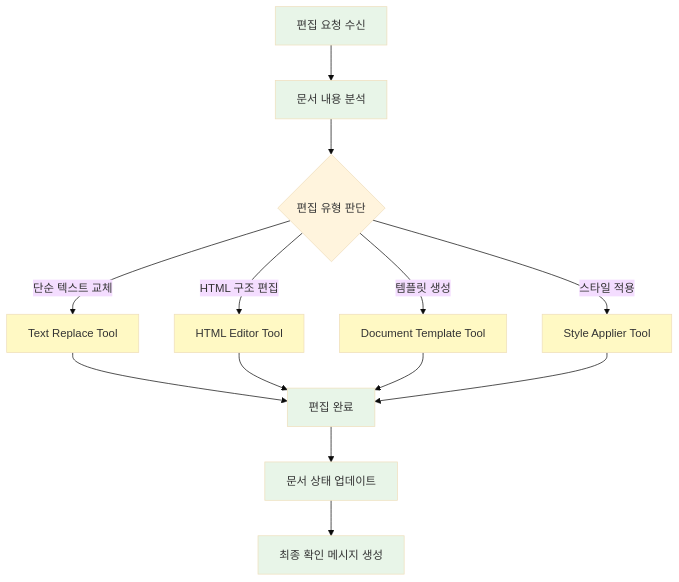
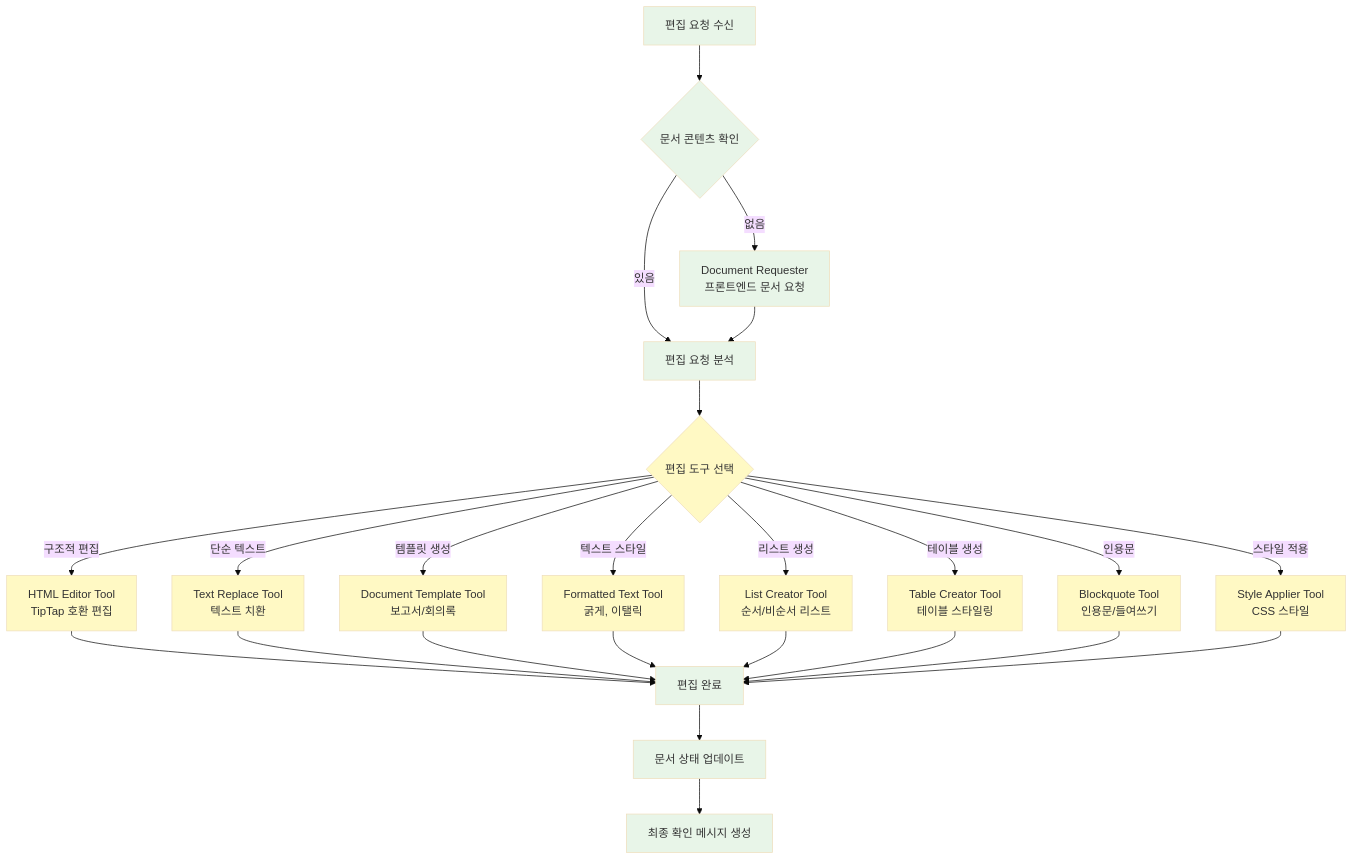
The fifth of 7 diagrams in 산출물/8주차/시스템_구성도_초안.md (SKNETWORKS-FAMILY-AICAMP/SKN13-FINAL-1TEAM), drawn with Mermaid (base theme) before and after one commit. The commit also changed other lines of this file and 2 other files, not shown here.

````diff
--- a/산출물/8주차/시스템_구성도_초안.md
+++ b/산출물/8주차/시스템_구성도_초안.md
@@ -252,24 +313,36 @@
 ```mermaid
 graph TD
-    A[편집 요청 수신] --> B[문서 내용 분석]
-    B --> C{편집 유형 판단}
+    A[편집 요청 수신] --> B{문서 콘텐츠 확인}
+    B -->|없음| C[Document Requester<br/>프론트엔드 문서 요청]
+    B -->|있음| D[편집 요청 분석]
     
-    C -->|단순 텍스트 교체| D[Text Replace Tool]
-    C -->|HTML 구조 편집| E[HTML Editor Tool]
-    C -->|템플릿 생성| F[Document Template Tool]
-    C -->|스타일 적용| G[Style Applier Tool]
+    C --> D
+    D --> E{편집 도구 선택}
     
-    D --> H[편집 완료]
-    E --> H
-    F --> H
-    G --> H
+    E -->|구조적 편집| F[HTML Editor Tool<br/>TipTap 호환 편집]
+    E -->|단순 텍스트| G[Text Replace Tool<br/>텍스트 치환]
+    E -->|템플릿 생성| H[Document Template Tool<br/>보고서/회의록]
+    E -->|텍스트 스타일| I[Formatted Text Tool<br/>굵게, 이탤릭]
+    E -->|리스트 생성| J[List Creator Tool<br/>순서/비순서 리스트]
+    E -->|테이블 생성| K[Table Creator Tool<br/>테이블 스타일링]
+    E -->|인용문| L[Blockquote Tool<br/>인용문/들여쓰기]
+    E -->|스타일 적용| M[Style Applier Tool<br/>CSS 스타일]
     
-    H --> I[문서 상태 업데이트]
-    I --> J[최종 확인 메시지 생성]
+    F --> N[편집 완료]
+    G --> N
+    H --> N
+    I --> N
+    J --> N
+    K --> N
+    L --> N
+    M --> N
+    
+    N --> O[문서 상태 업데이트]
+    O --> P[최종 확인 메시지 생성]
 
     classDef editProcess fill:#e8f5e8
     classDef toolProcess fill:#fff9c4
 
-    class A,B,H,I,J editProcess
-    class D,E,F,G toolProcess
+    class A,B,C,D,N,O,P editProcess
+    class E,F,G,H,I,J,K,L,M toolProcess
 ```
````
